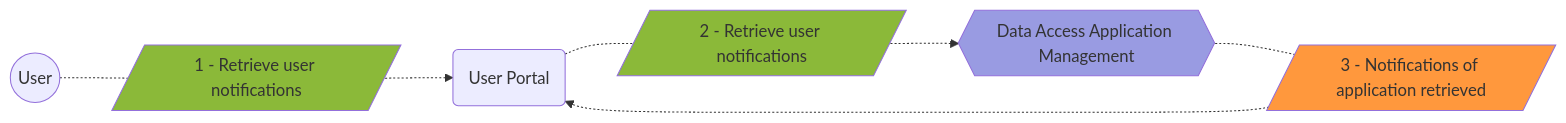
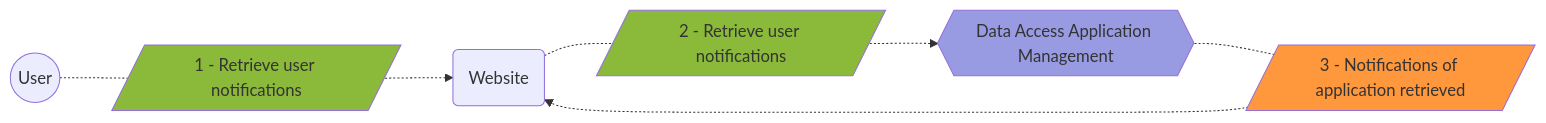
Before and after one commit to GenomicDataInfrastructure/gdi-userportal-docs: diagram 14 of 15 in content/docs/data-access-application-management/use-cases/_index.md, drawn with Mermaid. The commit also changed other lines of this file, not shown here.

````diff
--- a/content/docs/data-access-application-management/use-cases/_index.md
+++ b/content/docs/data-access-application-management/use-cases/_index.md
@@ -566,37 +566,37 @@
 ```mermaid
 flowchart LR
     user(("`
         User
     `"))
     
-    user_portal("`
-        User Portal
+    website("`
+        Website
     `")
     
     daam{{"`
         Data Access Application Management
     `"}}
     style daam fill:#999be2
     
 
     retrieve_notifications_1[/"`
         1 - Retrieve user notifications
     `"/]
     retrieve_notifications_2[/"`
         2 - Retrieve user notifications
     `"/]
     style retrieve_notifications_1 fill:#8BB939
     style retrieve_notifications_2 fill:#8BB939
 
     notifications_retrieved[/"`
         3 - Notifications of application retrieved
     `"/]
     style notifications_retrieved fill:#FF983D
 
     user -.- retrieve_notifications_1
-    retrieve_notifications_1 -.-> user_portal
-    user_portal -.- retrieve_notifications_2
+    retrieve_notifications_1 -.-> website
+    website -.- retrieve_notifications_2
     retrieve_notifications_2 -.-> daam
     daam -.- notifications_retrieved
-    notifications_retrieved -.-> user_portal
+    notifications_retrieved -.-> website
 ```
````
